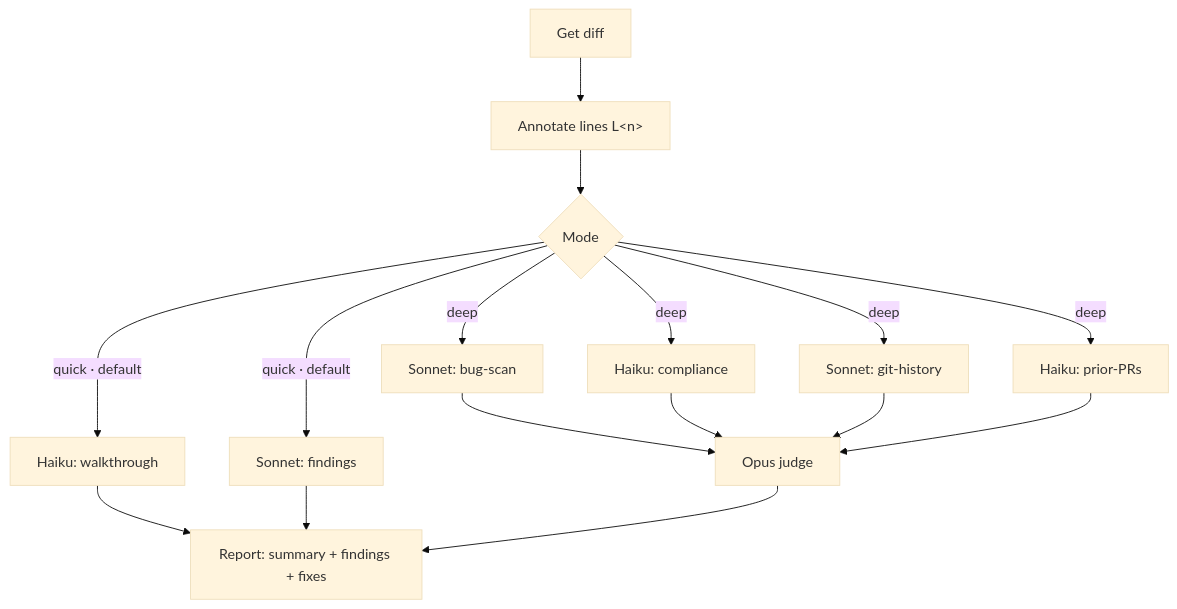
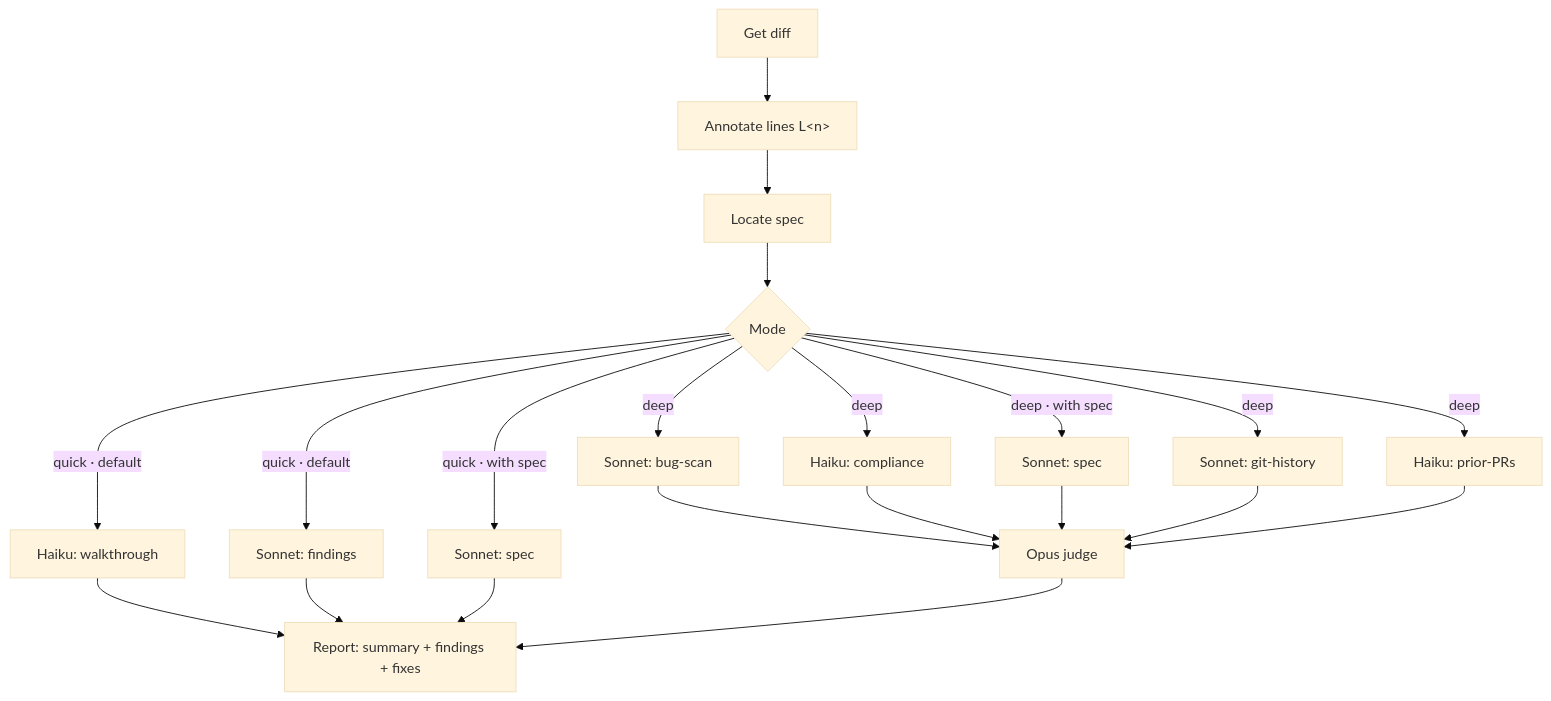
One commit to adeonir/agent-skills changed the diagram in skills/engineering/review-lens/README.md. Above: the diagram before and after it, drawn with Mermaid (base theme). The commit also changed other lines of this file and 5 other files, not shown here.

````diff
--- a/skills/engineering/review-lens/README.md
+++ b/skills/engineering/review-lens/README.md
@@ -7,18 +7,23 @@
 ```mermaid
 flowchart TD
     A[Get diff] --> N[Annotate lines L&lt;n&gt;]
-    N --> G{Mode}
+    N --> S[Locate spec]
+    S --> G{Mode}
     G -->|quick · default| Q1[Haiku: walkthrough]
     G -->|quick · default| Q2[Sonnet: findings]
+    G -->|quick · with spec| Q3[Sonnet: spec]
     G -->|deep| D1[Sonnet: bug-scan]
     G -->|deep| D2[Haiku: compliance]
+    G -->|deep · with spec| D5[Sonnet: spec]
     G -->|deep| D3[Sonnet: git-history]
     G -->|deep| D4[Haiku: prior-PRs]
     Q1 --> R[Report: summary + findings + fixes]
     Q2 --> R
+    Q3 --> R
     D1 --> J[Opus judge]
     D2 --> J
+    D5 --> J
     D3 --> J
     D4 --> J
     J --> R
 ```
````
